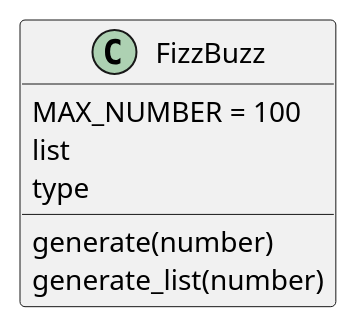
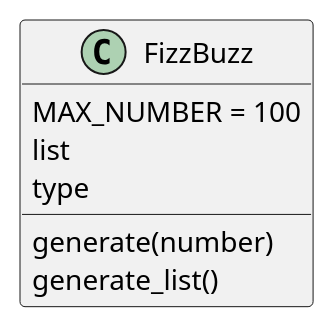
The seventh of 42 diagrams in docs/src/article/episode_3.adoc (hiroshima-arc/tdd_rb), drawn with PlantUML before and after one commit. The commit also changed other lines of this file and 17 other files, not shown here.

```diff
--- a/docs/src/article/episode_3.adoc
+++ b/docs/src/article/episode_3.adoc
@@ -1752,10 +1752,10 @@
 [plantuml]
 ----
 class FizzBuzz {
     MAX_NUMBER = 100
     list
     type
     generate(number)
-    generate_list(number)
+    generate_list()
 }
 ----
```
